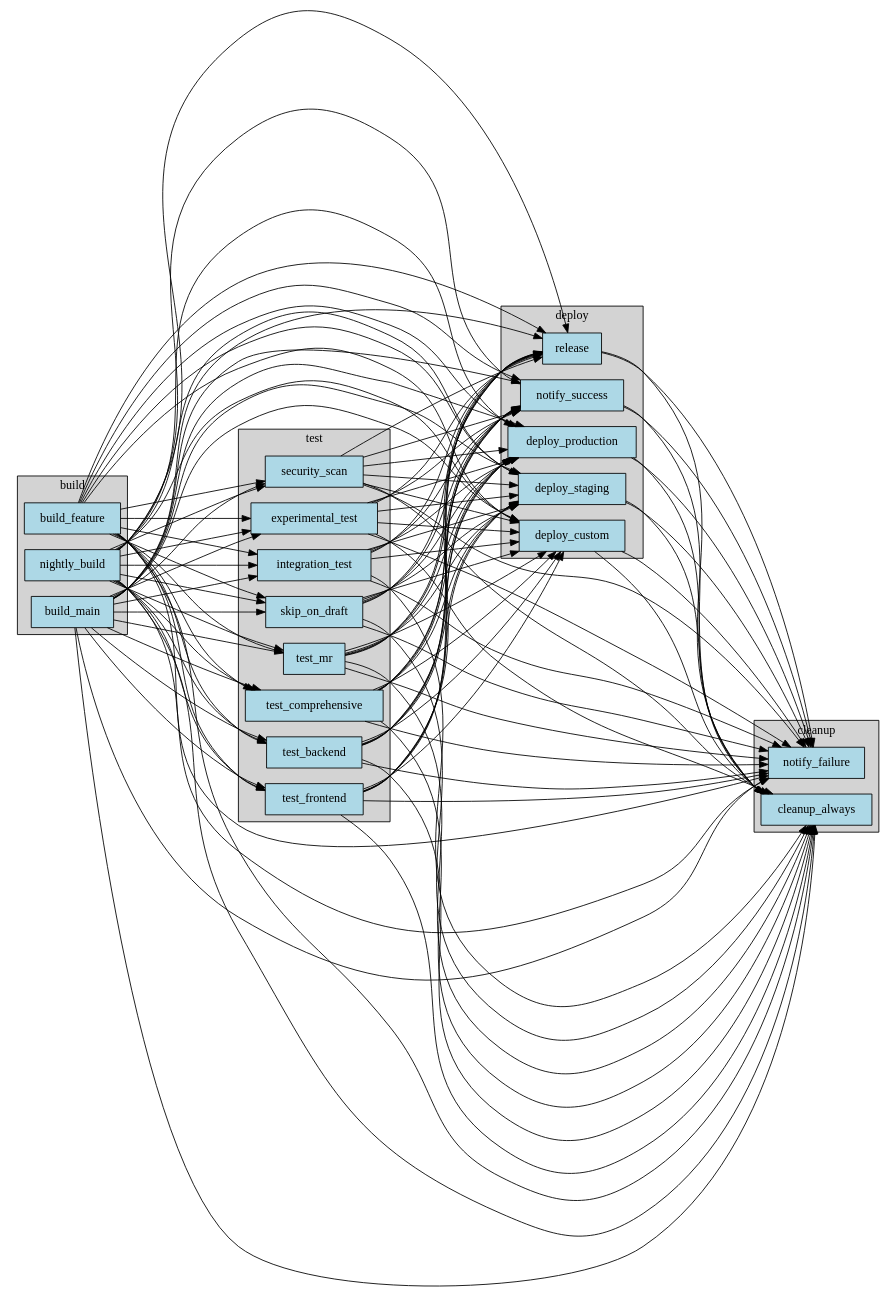
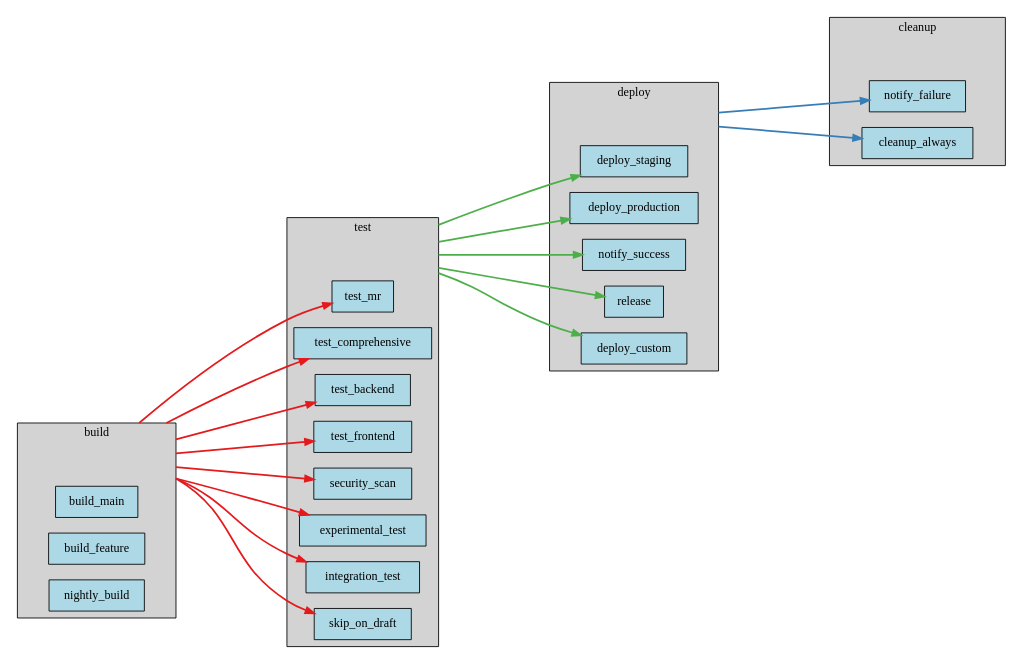
The diagram in test_ci_projects/proj8.output_reference/dag.dot (eisbaw/gitlab_local_ci), drawn with Graphviz before and after one commit. The commit also changed 174 other files, not shown here.

```diff
--- a/test_ci_projects/proj8.output_reference/dag.dot
+++ b/test_ci_projects/proj8.output_reference/dag.dot
@@ -1,163 +1,76 @@
 digraph pipeline {
   rankdir="LR";
   ranksep=2;
+  compound=true;
   node [shape=box, style=filled, fillcolor=lightblue];
 
   subgraph cluster_build {
     label="build";
     style=filled;
     fillcolor=lightgrey;
+
+    __stage_anchor_build [style=invis, width=0, height=0];
 
     build_main [label="build_main", tooltip="---\nstage: build\nscript:\n- echo \"Building on main branch\"\n- echo \"Build artifacts created\"\nrules:\n- if: $CI_COMMIT_BRANCH == \"main\"\n"];
     build_feature [label="build_feature", tooltip="---\nstage: build\nscript:\n- echo \"Building feature branch: $CI_COMMIT_BRANCH\"\n- echo \"Feature build completed\"\nrules:\n- if: $CI_COMMIT_BRANCH != \"main\"\n"];
     nightly_build [label="nightly_build", tooltip="---\nstage: build\nscript:\n- echo \"Running nightly build\"\n- echo \"Nightly build completed\"\nrules:\n- if: $CI_PIPELINE_SOURCE == \"schedule\"\n"];
   }
 
   subgraph cluster_test {
     label="test";
     style=filled;
     fillcolor=lightgrey;
+
+    __stage_anchor_test [style=invis, width=0, height=0];
 
     test_mr [label="test_mr", tooltip="---\nstage: test\nscript:\n- echo \"Running tests for merge request\"\n- echo \"MR pipeline ID: $CI_MERGE_REQUEST_IID\"\n- echo \"Source branch: $CI_MERGE_REQUEST_SOURCE_BRANCH_NAME\"\n- echo \"Target branch: $CI_MERGE_REQUEST_TARGET_BRANCH_NAME\"\nrules:\n- if: $CI_PIPELINE_SOURCE == \"merge_request_event\"\n"];
     test_comprehensive [label="test_comprehensive", tooltip="---\nstage: test\nscript:\n- echo \"Running comprehensive tests\"\n- echo \"Test suite completed\"\nrules:\n- if: $CI_COMMIT_BRANCH == \"main\"\n- if: $CI_COMMIT_BRANCH == \"develop\"\n- if: $CI_PIPELINE_SOURCE == \"merge_request_event\"\n"];
     test_backend [label="test_backend", tooltip="---\nstage: test\nscript:\n- echo \"Running backend tests\"\n- echo \"Backend tests passed\"\nrules:\n- if: $CI_PIPELINE_SOURCE == \"merge_request_event\"\n  changes:\n  - \"**/*.rb\"\n  - \"**/*.py\"\n  - \"**/*.go\"\n"];
     test_frontend [label="test_frontend", tooltip="---\nstage: test\nscript:\n- echo \"Running frontend tests\"\n- echo \"Frontend tests passed\"\nrules:\n- if: $CI_PIPELINE_SOURCE == \"merge_request_event\"\n  changes:\n  - \"**/*.js\"\n  - \"**/*.jsx\"\n  - \"**/*.ts\"\n  - \"**/*.tsx\"\n  - \"**/*.vue\"\n"];
     security_scan [label="security_scan", tooltip="---\nstage: test\nscript:\n- echo \"Running security scan\"\n- echo \"Security scan completed\"\nrules:\n- if: $CI_COMMIT_BRANCH == \"main\"\n  exists:\n  - Dockerfile\n  - \"**/*.dockerfile\"\n- if: $CI_PIPELINE_SOURCE == \"merge_request_event\"\n  exists:\n  - Dockerfile\n"];
     experimental_test [label="experimental_test", tooltip="---\nstage: test\nscript:\n- echo \"Running experimental tests\"\n- echo \"This may fail without blocking pipeline\"\nrules:\n- if: \"$CI_COMMIT_BRANCH\"\n  when: manual\n  allow_failure: true\n"];
     integration_test [label="integration_test", tooltip="---\nstage: test\nscript:\n- echo \"Running integration tests\"\n- echo \"Integration tests completed\"\nrules:\n- if: $CI_COMMIT_BRANCH == \"main\" && $CI_PIPELINE_SOURCE != \"schedule\"\n- if: $CI_PIPELINE_SOURCE == \"merge_request_event\" && $CI_MERGE_REQUEST_TARGET_BRANCH_NAME\n    == \"main\"\n"];
     skip_on_draft [label="skip_on_draft", tooltip="---\nstage: test\nscript:\n- echo \"Running full test suite\"\n- echo \"Tests completed\"\nrules:\n- if: \"$CI_MERGE_REQUEST_TITLE =~ /^(Draft|WIP):/\"\n  when: never\n- if: $CI_PIPELINE_SOURCE == \"merge_request_event\"\n"];
   }
 
   subgraph cluster_deploy {
     label="deploy";
     style=filled;
     fillcolor=lightgrey;
 
+    __stage_anchor_deploy [style=invis, width=0, height=0];
+
     deploy_staging [label="deploy_staging", tooltip="---\nstage: deploy\nscript:\n- echo \"Deploying to staging environment\"\n- echo \"Deployment completed to: $DEPLOY_ENV\"\nrules:\n- if: \"$CI_COMMIT_BRANCH\"\n  when: manual\nenvironment:\n  name: staging\n"];
     deploy_production [label="deploy_production", tooltip="---\nstage: deploy\nscript:\n- echo \"Deploying to production\"\n- echo \"Production deployment completed\"\nrules:\n- if: $CI_COMMIT_BRANCH == \"main\"\n  when: manual\n- if: \"$CI_COMMIT_TAG\"\n  when: on_success\nenvironment:\n  name: production\n"];
     notify_success [label="notify_success", tooltip="---\nstage: deploy\nscript:\n- echo \"All tests passed, sending success notification\"\n- echo \"Notification sent to team\"\nrules:\n- if: $CI_COMMIT_BRANCH == \"main\"\n  when: on_success\n"];
     release [label="release", tooltip="---\nstage: deploy\nscript:\n- echo \"Creating release for tag: $CI_COMMIT_TAG\"\n- echo \"Release artifacts generated\"\nrules:\n- if: \"$CI_COMMIT_TAG\"\n"];
     deploy_custom [label="deploy_custom", tooltip="---\nstage: deploy\nscript:\n- echo \"Deploying to custom environment: $CUSTOM_ENV\"\nrules:\n- if: \"$CUSTOM_ENV != null\"\n  when: manual\n"];
   }
 
   subgraph cluster_cleanup {
     label="cleanup";
     style=filled;
     fillcolor=lightgrey;
 
+    __stage_anchor_cleanup [style=invis, width=0, height=0];
+
     notify_failure [label="notify_failure", tooltip="---\nstage: cleanup\nscript:\n- echo \"Pipeline failed, sending failure notification\"\n- echo \"Failure details sent to team\"\nrules:\n- if: $CI_COMMIT_BRANCH == \"main\"\n  when: on_failure\n"];
     cleanup_always [label="cleanup_always", tooltip="---\nstage: cleanup\nscript:\n- echo \"Performing cleanup operations\"\n- echo \"Temporary files removed\"\n- echo \"Resources released\"\nrules:\n- if: \"$CI_COMMIT_BRANCH\"\n  when: always\n"];
   }
 
-  build_main -> test_mr;
-  build_feature -> test_mr;
-  nightly_build -> test_mr;
-  build_main -> test_comprehensive;
-  build_feature -> test_comprehensive;
-  nightly_build -> test_comprehensive;
-  build_main -> test_backend;
-  build_feature -> test_backend;
-  nightly_build -> test_backend;
-  build_main -> test_frontend;
-  build_feature -> test_frontend;
-  nightly_build -> test_frontend;
-  build_main -> deploy_staging;
-  build_feature -> deploy_staging;
-  test_mr -> deploy_staging;
-  test_comprehensive -> deploy_staging;
-  test_backend -> deploy_staging;
-  test_frontend -> deploy_staging;
-  security_scan -> deploy_staging;
-  experimental_test -> deploy_staging;
-  nightly_build -> deploy_staging;
-  integration_test -> deploy_staging;
-  skip_on_draft -> deploy_staging;
-  build_main -> deploy_production;
-  build_feature -> deploy_production;
-  test_mr -> deploy_production;
-  test_comprehensive -> deploy_production;
-  test_backend -> deploy_production;
-  test_frontend -> deploy_production;
-  security_scan -> deploy_production;
-  experimental_test -> deploy_production;
-  nightly_build -> deploy_production;
-  integration_test -> deploy_production;
-  skip_on_draft -> deploy_production;
-  build_main -> notify_success;
-  build_feature -> notify_success;
-  test_mr -> notify_success;
-  test_comprehensive -> notify_success;
-  test_backend -> notify_success;
-  test_frontend -> notify_success;
-  security_scan -> notify_success;
-  experimental_test -> notify_success;
-  nightly_build -> notify_success;
-  integration_test -> notify_success;
-  skip_on_draft -> notify_success;
-  build_main -> notify_failure;
-  build_feature -> notify_failure;
-  test_mr -> notify_failure;
-  test_comprehensive -> notify_failure;
-  test_backend -> notify_failure;
-  test_frontend -> notify_failure;
-  deploy_staging -> notify_failure;
-  deploy_production -> notify_failure;
-  notify_success -> notify_failure;
-  security_scan -> notify_failure;
-  release -> notify_failure;
-  experimental_test -> notify_failure;
-  nightly_build -> notify_failure;
-  deploy_custom -> notify_failure;
-  integration_test -> notify_failure;
-  skip_on_draft -> notify_failure;
-  build_main -> cleanup_always;
-  build_feature -> cleanup_always;
-  test_mr -> cleanup_always;
-  test_comprehensive -> cleanup_always;
-  test_backend -> cleanup_always;
-  test_frontend -> cleanup_always;
-  deploy_staging -> cleanup_always;
-  deploy_production -> cleanup_always;
-  notify_success -> cleanup_always;
-  security_scan -> cleanup_always;
-  release -> cleanup_always;
-  experimental_test -> cleanup_always;
-  nightly_build -> cleanup_always;
-  deploy_custom -> cleanup_always;
-  integration_test -> cleanup_always;
-  skip_on_draft -> cleanup_always;
-  build_main -> security_scan;
-  build_feature -> security_scan;
-  nightly_build -> security_scan;
-  build_main -> release;
-  build_feature -> release;
-  test_mr -> release;
-  test_comprehensive -> release;
-  test_backend -> release;
-  test_frontend -> release;
-  security_scan -> release;
-  experimental_test -> release;
-  nightly_build -> release;
-  integration_test -> release;
-  skip_on_draft -> release;
-  build_main -> experimental_test;
-  build_feature -> experimental_test;
-  nightly_build -> experimental_test;
-  build_main -> deploy_custom;
-  build_feature -> deploy_custom;
-  test_mr -> deploy_custom;
-  test_comprehensive -> deploy_custom;
-  test_backend -> deploy_custom;
-  test_frontend -> deploy_custom;
-  security_scan -> deploy_custom;
-  experimental_test -> deploy_custom;
-  nightly_build -> deploy_custom;
-  integration_test -> deploy_custom;
-  skip_on_draft -> deploy_custom;
-  build_main -> integration_test;
-  build_feature -> integration_test;
-  nightly_build -> integration_test;
-  build_main -> skip_on_draft;
-  build_feature -> skip_on_draft;
-  nightly_build -> skip_on_draft;
+  __stage_anchor_build -> test_mr [ltail=cluster_build, style=bold, color="#E41A1C"];
+  __stage_anchor_build -> test_comprehensive [ltail=cluster_build, style=bold, color="#E41A1C"];
+  __stage_anchor_build -> test_backend [ltail=cluster_build, style=bold, color="#E41A1C"];
+  __stage_anchor_build -> test_frontend [ltail=cluster_build, style=bold, color="#E41A1C"];
+  __stage_anchor_test -> deploy_staging [ltail=cluster_test, style=bold, color="#4DAF4A"];
+  __stage_anchor_test -> deploy_production [ltail=cluster_test, style=bold, color="#4DAF4A"];
+  __stage_anchor_test -> notify_success [ltail=cluster_test, style=bold, color="#4DAF4A"];
+  __stage_anchor_deploy -> notify_failure [ltail=cluster_deploy, style=bold, color="#377EB8"];
+  __stage_anchor_deploy -> cleanup_always [ltail=cluster_deploy, style=bold, color="#377EB8"];
+  __stage_anchor_build -> security_scan [ltail=cluster_build, style=bold, color="#E41A1C"];
+  __stage_anchor_test -> release [ltail=cluster_test, style=bold, color="#4DAF4A"];
+  __stage_anchor_build -> experimental_test [ltail=cluster_build, style=bold, color="#E41A1C"];
+  __stage_anchor_test -> deploy_custom [ltail=cluster_test, style=bold, color="#4DAF4A"];
+  __stage_anchor_build -> integration_test [ltail=cluster_build, style=bold, color="#E41A1C"];
+  __stage_anchor_build -> skip_on_draft [ltail=cluster_build, style=bold, color="#E41A1C"];
 }
```
